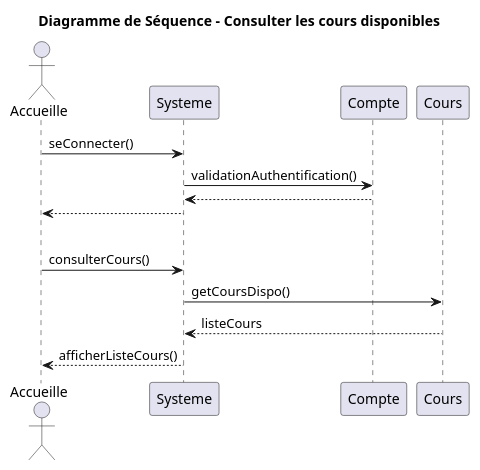
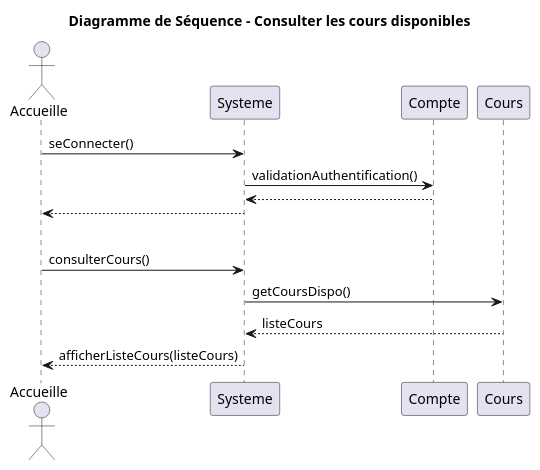
Before and after one commit to Egario54/ProjetClubNautique: the diagram in UML/Diagramme_sequence_consulter_cours.puml, drawn with PlantUML. The commit also changed 13 other files, not shown here.

First line of the commit message:
Ajout du diagramme de classe

```diff
--- a/UML/Diagramme_sequence_consulter_cours.puml
+++ b/UML/Diagramme_sequence_consulter_cours.puml
@@ -1,23 +1,23 @@
 @startuml
 title Diagramme de Séquence - Consulter les cours disponibles
 actor Accueille as Utilisateur
 participant Systeme
 participant Compte
 participant Cours
 
 'Connexion à un compte'
 Utilisateur -> Systeme: seConnecter()
 Systeme -> Compte: validationAuthentification()
 return
 Systeme --> Utilisateur
 
 'Séparation'
 |||
 
 'Consulter les cours disponibles'
 Utilisateur -> Systeme : consulterCours()
 Systeme -> Cours : getCoursDispo()
 Cours --> Systeme : listeCours
-Systeme --> Utilisateur : afficherListeCours()
+Systeme --> Utilisateur : afficherListeCours(listeCours)
 
 @enduml
```
